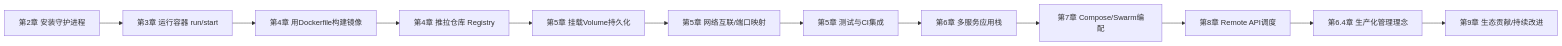
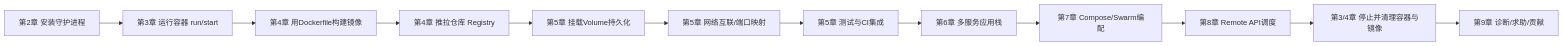
The second of 3 diagrams in src/books/software/第一本Docker书修订版.md (Cunyanger/Cunyanger.github.io), drawn with Mermaid before and after one commit. The commit also changed other lines of this file and 4 other files, not shown here.

````diff
--- a/src/books/software/第一本Docker书修订版.md
+++ b/src/books/software/第一本Docker书修订版.md
@@ -120,14 +129,14 @@
 ```mermaid
 flowchart LR
   A[第2章 安装守护进程] --> B[第3章 运行容器 run/start]
   B --> C[第4章 用Dockerfile构建镜像]
   C --> D[第4章 推拉仓库 Registry]
   D --> E[第5章 挂载Volume持久化]
   E --> F[第5章 网络互联/端口映射]
   F --> G[第5章 测试与CI集成]
   G --> H[第6章 多服务应用栈]
   H --> I[第7章 Compose/Swarm编配]
   I --> J[第8章 Remote API调度]
-  J --> K[第6.4章 生产化管理理念]
-  K --> L[第9章 生态贡献/持续改进]
+  J --> K[第3/4章 停止并清理容器与镜像]
+  K --> L[第9章 诊断/求助/贡献]
 ```
````
